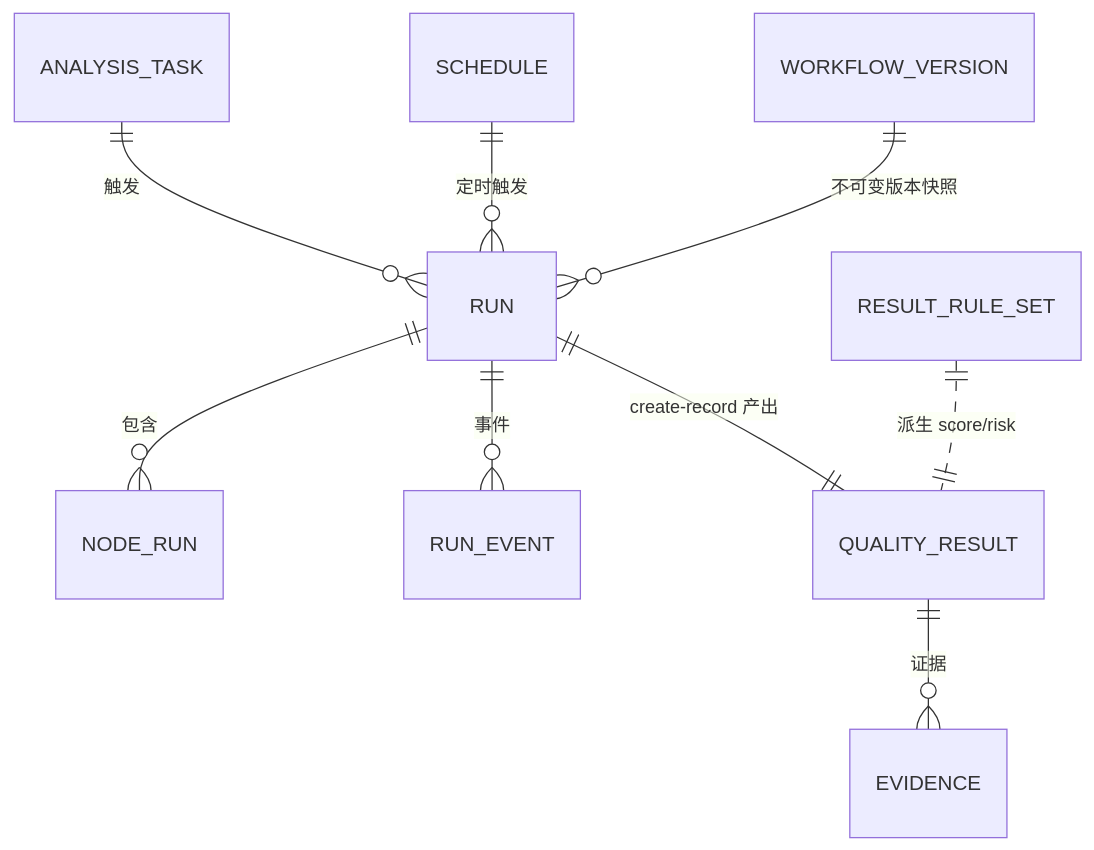
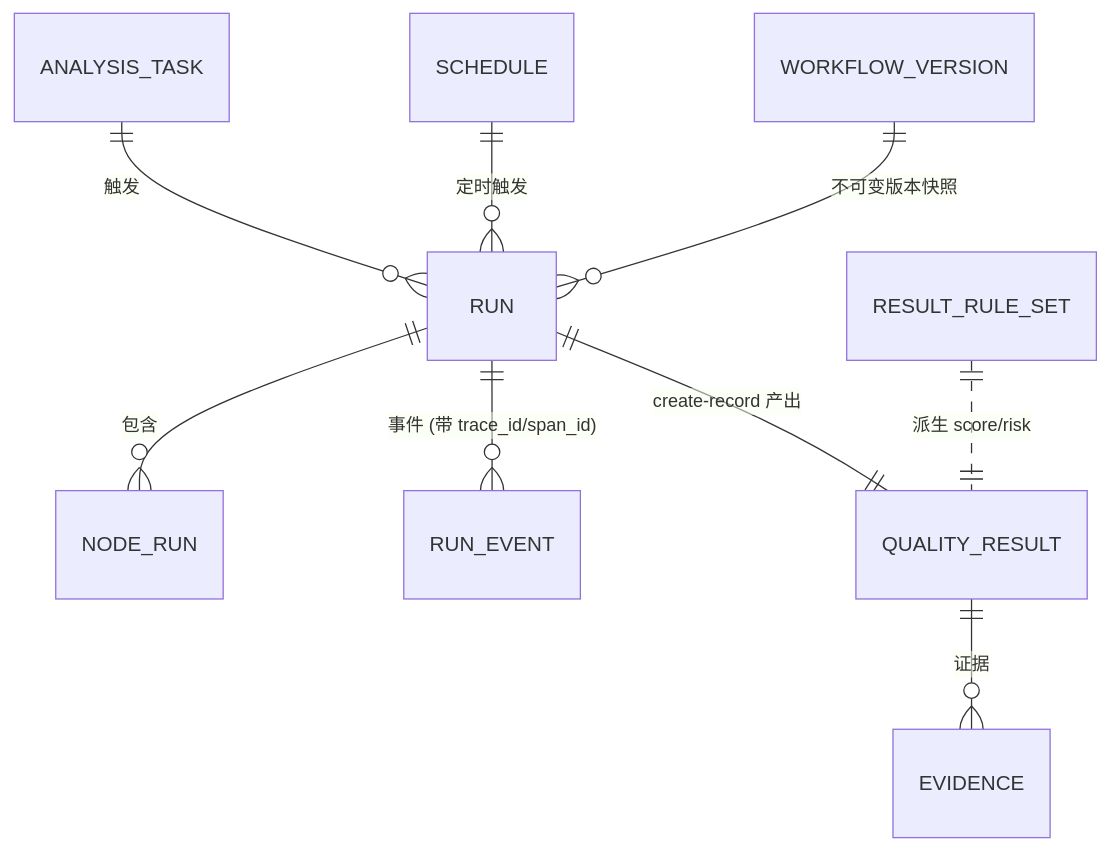
Before and after one commit to huiliuxu780/MoreThanCorn: the second of 4 diagrams in .qoder/repowiki/zh/content/任务与执行域.md, drawn with Mermaid. The commit also changed other lines of this file and 136 other files, not shown here.

````diff
--- a/.qoder/repowiki/zh/content/任务与执行域.md
+++ b/.qoder/repowiki/zh/content/任务与执行域.md
@@ -93,11 +105,11 @@
 ```mermaid
 erDiagram
 ANALYSIS_TASK ||--o{ RUN : "触发"
 SCHEDULE ||--o{ RUN : "定时触发"
 WORKFLOW_VERSION ||--o{ RUN : "不可变版本快照"
 RUN ||--o{ NODE_RUN : "包含"
-RUN ||--o{ RUN_EVENT : "事件"
+RUN ||--o{ RUN_EVENT : "事件 (带 trace_id/span_id)"
 RUN ||--|| QUALITY_RESULT : "create-record 产出"
 QUALITY_RESULT ||--o{ EVIDENCE : "证据"
 RESULT_RULE_SET ||..|| QUALITY_RESULT : "派生 score/risk"
 ```
````
